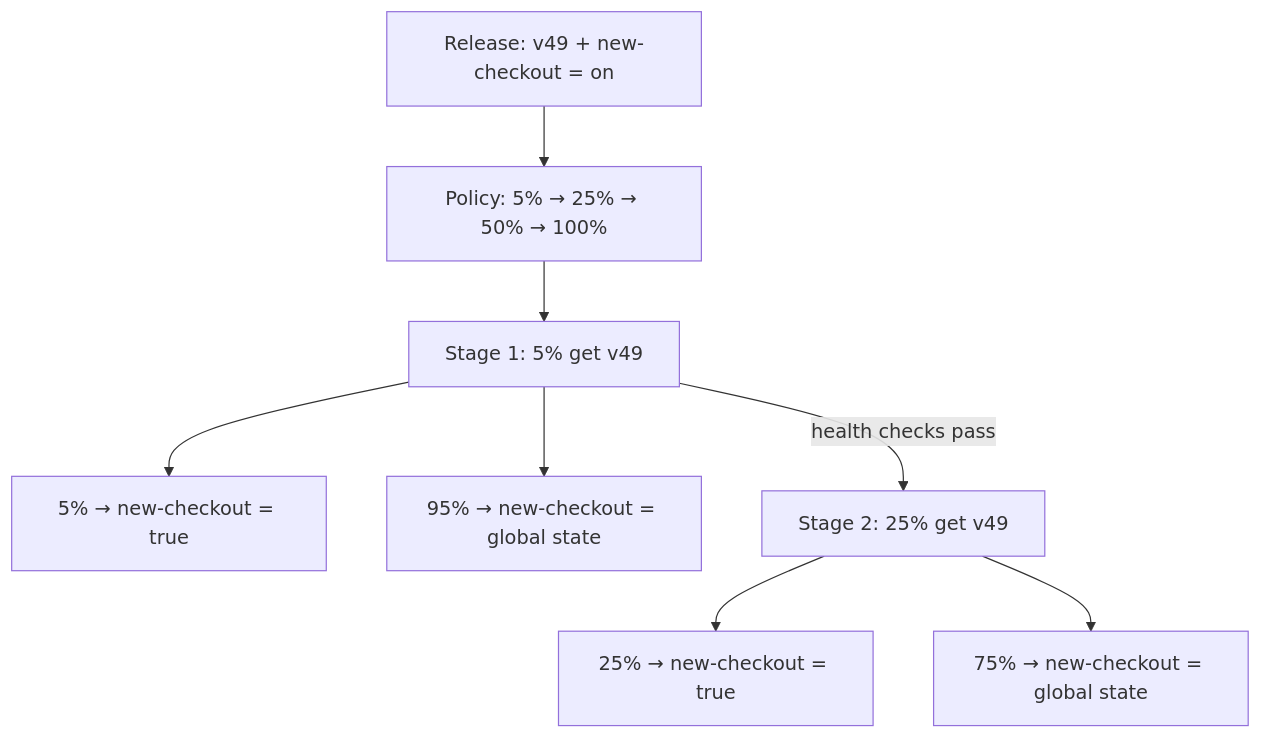
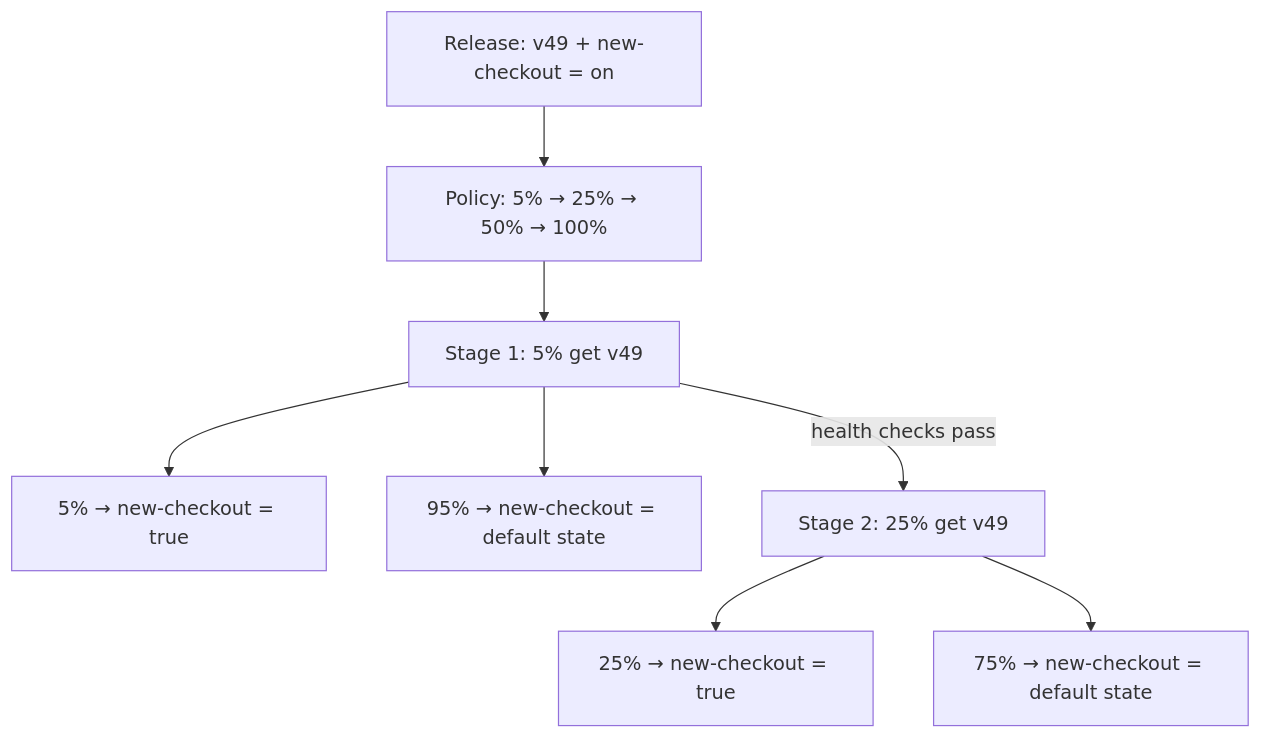
Before and after one commit to AppDispatch/docs: the second of 3 diagrams in app/updates/rollout-policies/page.mdx, drawn with Mermaid. The commit also changed other lines of this file and 26 other files, not shown here.

````diff
--- a/app/updates/rollout-policies/page.mdx
+++ b/app/updates/rollout-policies/page.mdx
@@ -71,10 +71,10 @@
 ```mermaid
 flowchart TD
   U["Release: v49 + new-checkout = on"] --> P["Policy: 5% → 25% → 50% → 100%"]
   P --> S1["Stage 1: 5% get v49"]
   S1 --> F1["5% → new-checkout = true"]
-  S1 --> G1["95% → new-checkout = global state"]
+  S1 --> G1["95% → new-checkout = default state"]
   S1 -->|"health checks pass"| S2["Stage 2: 25% get v49"]
   S2 --> F2["25% → new-checkout = true"]
-  S2 --> G2["75% → new-checkout = global state"]
+  S2 --> G2["75% → new-checkout = default state"]
 ```
````
